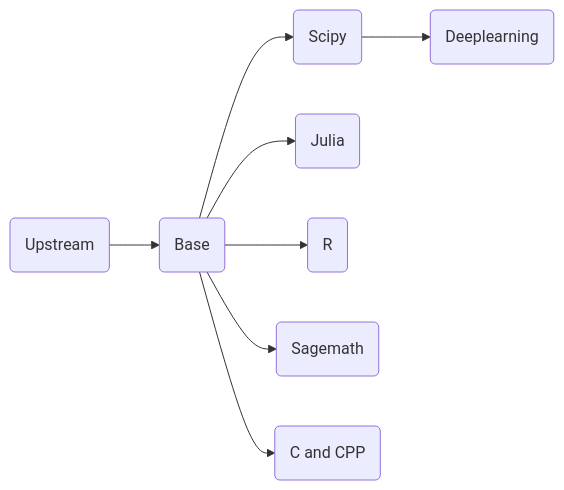
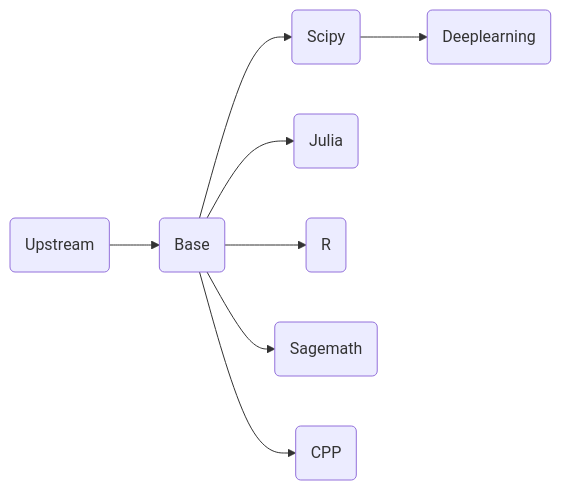
One commit to ben0i0d/jupyter-image-stacks changed the diagram in README.md. Above: the diagram before and after it, drawn with Mermaid. The commit also changed other lines of this file and 1 other file, not shown here.

Commit message:
更新 cpp/Dockerfile, README.md

````diff
--- a/README.md
+++ b/README.md
@@ -14,9 +14,9 @@
 ```mermaid
 graph LR
 A(Upstream)-->B(Base)
 B-->C(Scipy)-->D(Deeplearning)	
 B-->E(Julia)
 B-->F(R)
 B-->G(Sagemath)
-B-->H(C and CPP)
+B-->H(CPP)
 ```  
````
